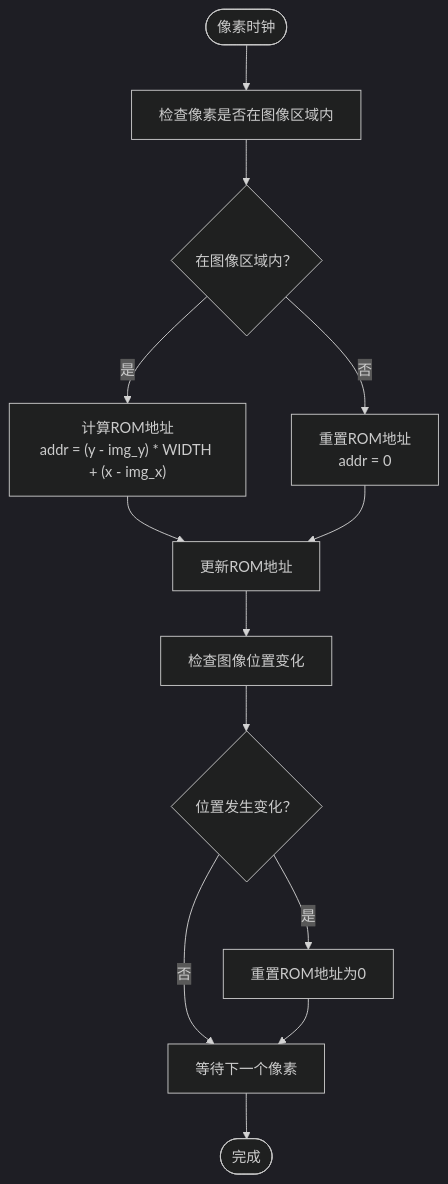
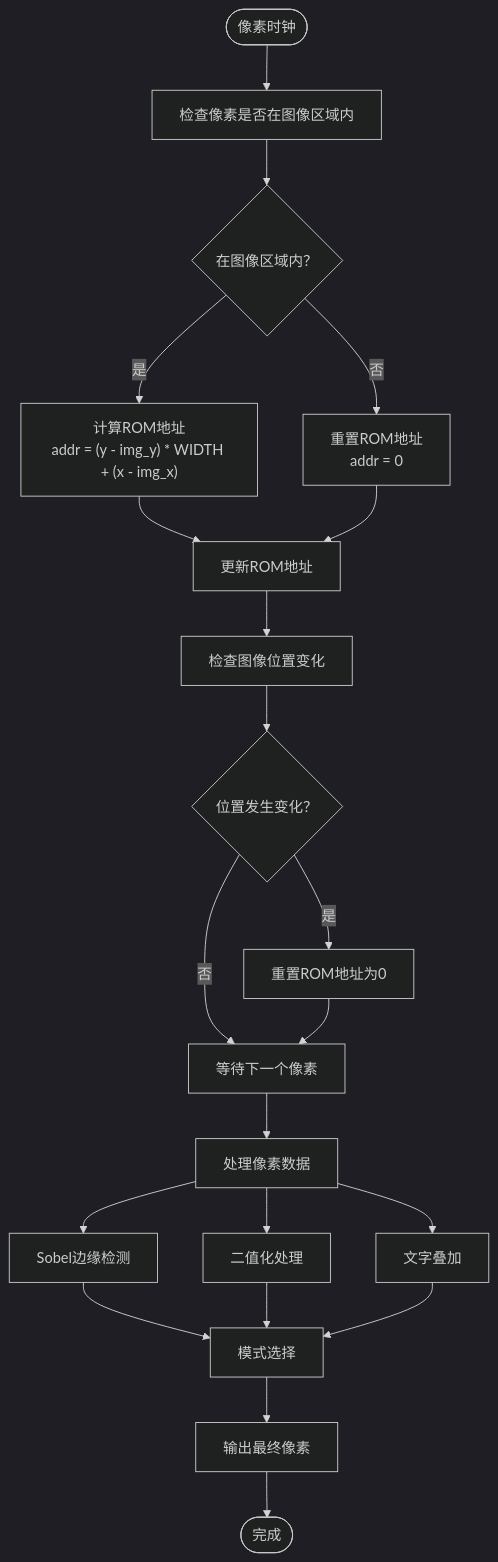
The fifth of 13 diagrams in .qoder/repowiki/zh/content/系统架构/显示驱动系统.md (soupherexd/LCD_ROM_PIC), drawn with Mermaid (dark theme) before and after one commit. The commit also changed other lines of this file and 5 other files, not shown here.

````diff
--- a/.qoder/repowiki/zh/content/系统架构/显示驱动系统.md
+++ b/.qoder/repowiki/zh/content/系统架构/显示驱动系统.md
@@ -199,15 +230,23 @@
 ```mermaid
 flowchart TD
 Start([像素时钟]) --> CheckImageArea["检查像素是否在图像区域内"]
 CheckImageArea --> InArea{"在图像区域内？"}
 InArea --> |是| CalcAddress["计算ROM地址<br/>addr = (y - img_y) * WIDTH + (x - img_x)"]
 InArea --> |否| ResetAddr["重置ROM地址<br/>addr = 0"]
 CalcAddress --> UpdateAddr["更新ROM地址"]
 ResetAddr --> UpdateAddr
 UpdateAddr --> CheckChange["检查图像位置变化"]
 CheckChange --> Changed{"位置发生变化？"}
 Changed --> |是| ResetRomAddr["重置ROM地址为0"]
 Changed --> |否| WaitNext["等待下一个像素"]
 ResetRomAddr --> WaitNext
-WaitNext --> End([完成])
+WaitNext --> ProcessPixel["处理像素数据"]
+ProcessPixel --> SobelEdge["Sobel边缘检测"]
+ProcessPixel --> Binary["二值化处理"]
+ProcessPixel --> TextOverlay["文字叠加"]
+SobelEdge --> SelectMode["模式选择"]
+Binary --> SelectMode
+TextOverlay --> SelectMode
+SelectMode --> OutputPixel["输出最终像素"]
+OutputPixel --> End([完成])
 ```
````
